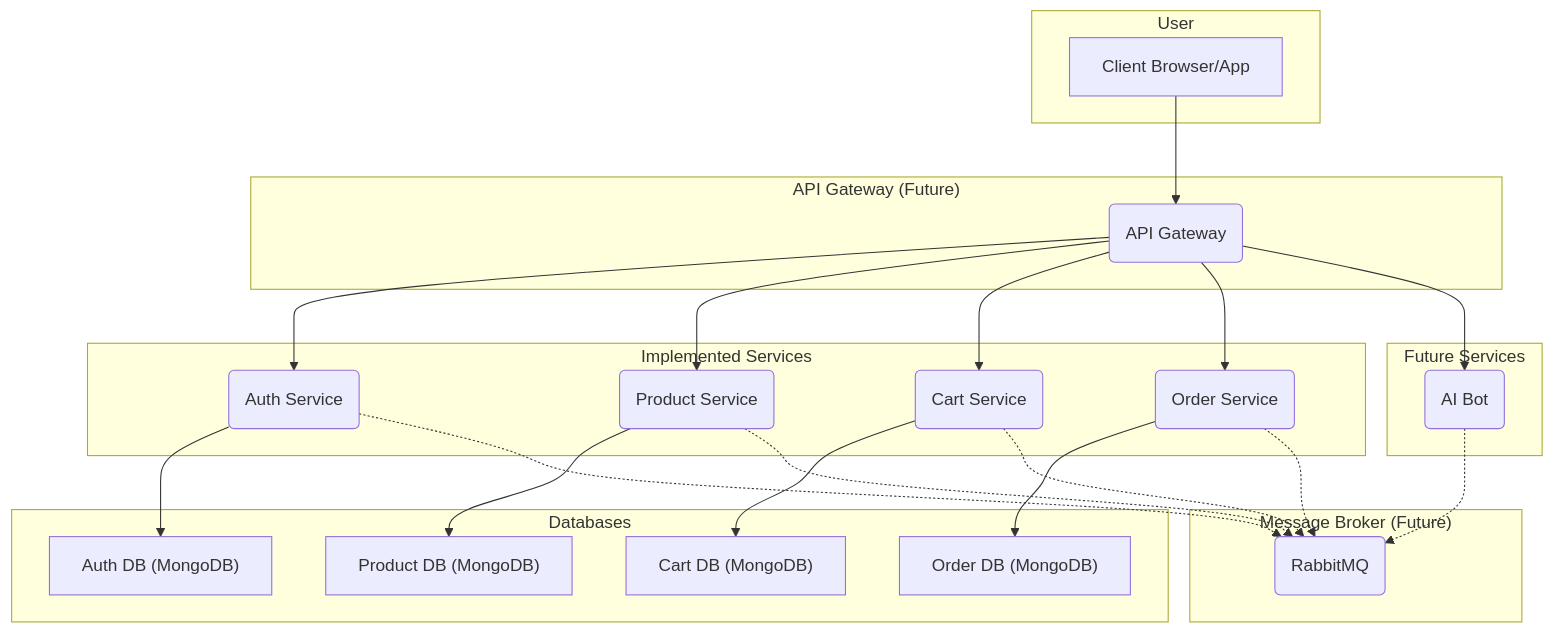
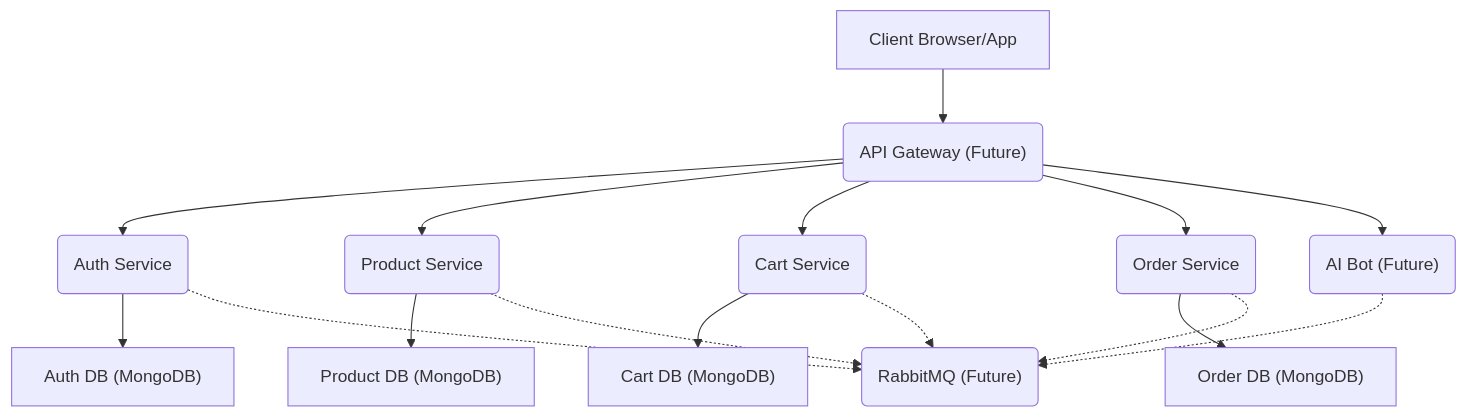
Before and after one commit to priyanshu-samal/microBazaar: the first of 5 diagrams in README.md, drawn with Mermaid. The commit also changed other lines of this file and 12 other files, not shown here.

````diff
--- a/README.md
+++ b/README.md
@@ -30,51 +30,20 @@
 ```mermaid
 graph TD
-    subgraph User
-        A["Client Browser/App"]
-    end
+    A["Client Browser/App"] --> B("API Gateway (Future)");
+    B --> C("Auth Service");
+    B --> D("Product Service");
+    B --> E("Cart Service");
+    B --> F("Order Service");
+    B --> G("AI Bot (Future)");
 
-    subgraph "API Gateway (Future)"
-        B("API Gateway")
-    end
+    C --> I["Auth DB (MongoDB)"];
+    D --> J["Product DB (MongoDB)"];
+    E --> K["Cart DB (MongoDB)"];
+    F --> L["Order DB (MongoDB)"];
 
-    subgraph "Implemented Services"
-        C("Auth Service")
-        D("Product Service")
-        E("Cart Service")
-        F("Order Service")
-    end
-    
-    subgraph "Future Services"
-        G("AI Bot")
-    end
-
-    subgraph "Databases"
-        I["Auth DB (MongoDB)"]
-        J["Product DB (MongoDB)"]
-        K["Cart DB (MongoDB)"]
-        L["Order DB (MongoDB)"]
-    end
-    
-    subgraph "Message Broker (Future)"
-        H("RabbitMQ")
-    end
-
-    A --> B
-
-    B --> C
-    B --> D
-    B --> E
-    B --> F
-    B --> G
-
-    C --> I
-    D --> J
-    E --> K
-    F --> L
-
-    C -.-> H
-    D -.-> H
-    E -.-> H
-    F -.-> H
-    G -.-> H
+    C -.-> H("RabbitMQ (Future)");
+    D -.-> H;
+    E -.-> H;
+    F -.-> H;
+    G -.-> H;
 ```
````
